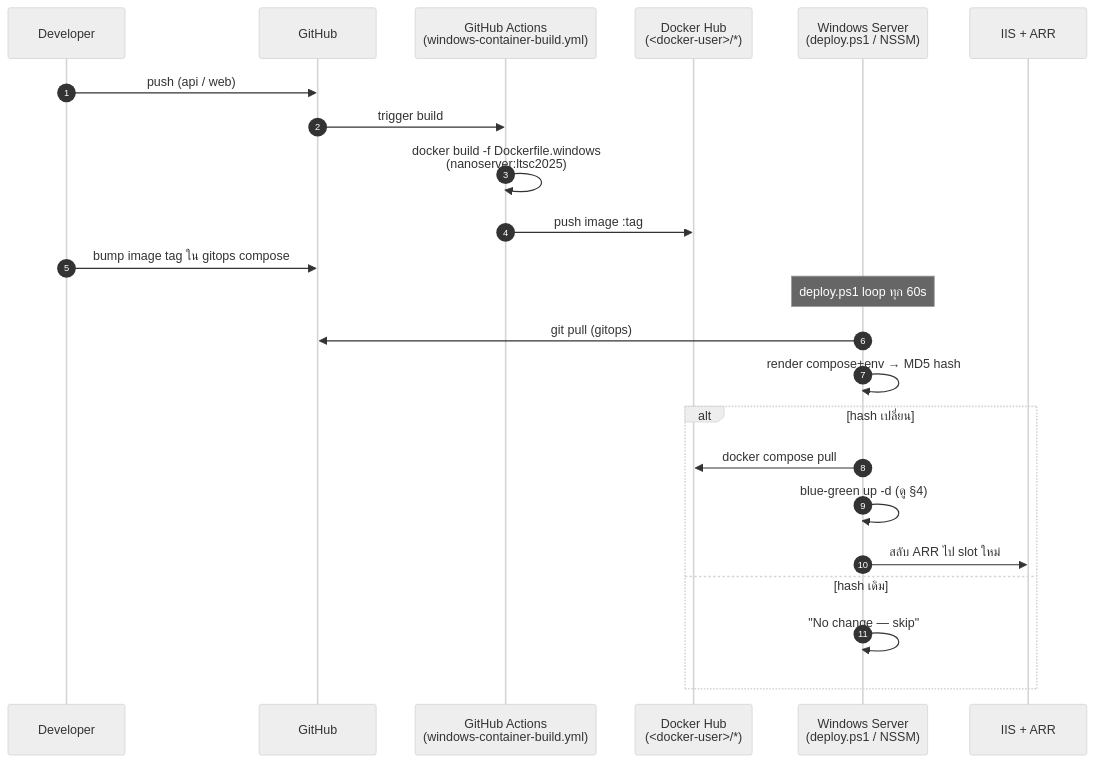
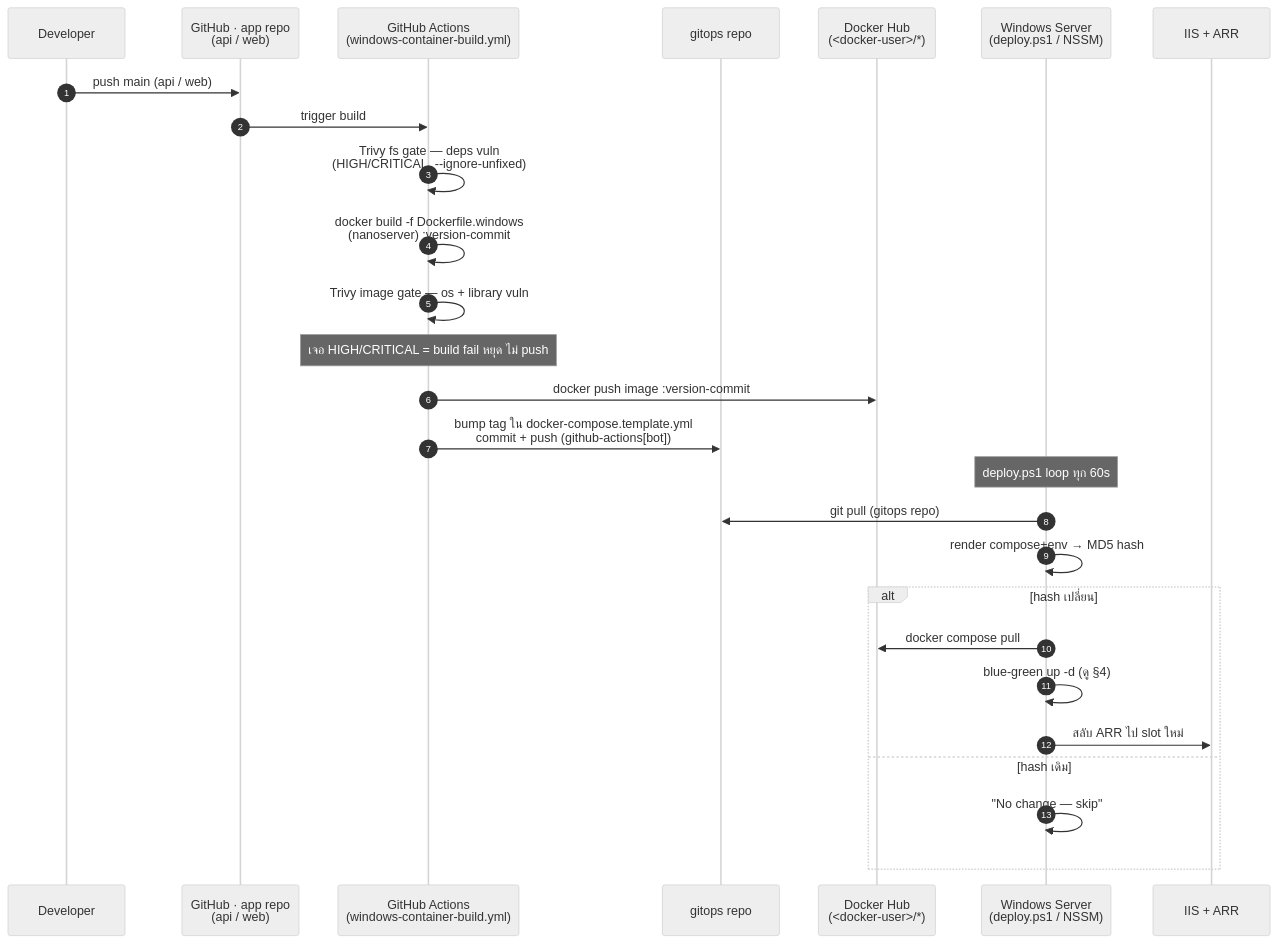
The third of 7 diagrams in architecture-diagrams.md (vending-machine-ttfts/vending-machine-docs), drawn with Mermaid (neutral theme) before and after one commit. The commit also changed other lines of this file and 6 other files, not shown here.

````diff
--- a/architecture-diagrams.md
+++ b/architecture-diagrams.md
@@ -82,26 +82,30 @@
 ```mermaid
 sequenceDiagram
     autonumber
     participant Dev as Developer
-    participant GH as GitHub
+    participant GH as GitHub · app repo<br/>(api / web)
     participant CI as GitHub Actions<br/>(windows-container-build.yml)
+    participant GO as gitops repo
     participant HUB as Docker Hub<br/>(<docker-user>/*)
     participant SRV as Windows Server<br/>(deploy.ps1 / NSSM)
     participant IIS as IIS + ARR
 
-    Dev->>GH: push (api / web)
+    Dev->>GH: push main (api / web)
     GH->>CI: trigger build
-    CI->>CI: docker build -f Dockerfile.windows<br/>(nanoserver:ltsc2025)
-    CI->>HUB: push image :tag
-    Dev->>GH: bump image tag ใน gitops compose
+    CI->>CI: Trivy fs gate — deps vuln<br/>(HIGH/CRITICAL, --ignore-unfixed)
+    CI->>CI: docker build -f Dockerfile.windows<br/>(nanoserver) :version-commit
+    CI->>CI: Trivy image gate — os + library vuln
+    Note over CI: เจอ HIGH/CRITICAL = build fail หยุด ไม่ push
+    CI->>HUB: docker push image :version-commit
+    CI->>GO: bump tag ใน docker-compose.template.yml<br/>commit + push (github-actions[bot])
     Note over SRV: deploy.ps1 loop ทุก 60s
-    SRV->>GH: git pull (gitops)
+    SRV->>GO: git pull (gitops repo)
     SRV->>SRV: render compose+env → MD5 hash
     alt hash เปลี่ยน
         SRV->>HUB: docker compose pull
         SRV->>SRV: blue-green up -d (ดู §4)
         SRV->>IIS: สลับ ARR ไป slot ใหม่
     else hash เดิม
         SRV->>SRV: "No change — skip"
     end
 ```
````
